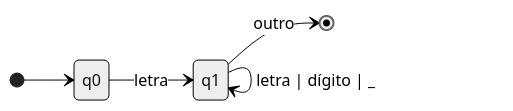
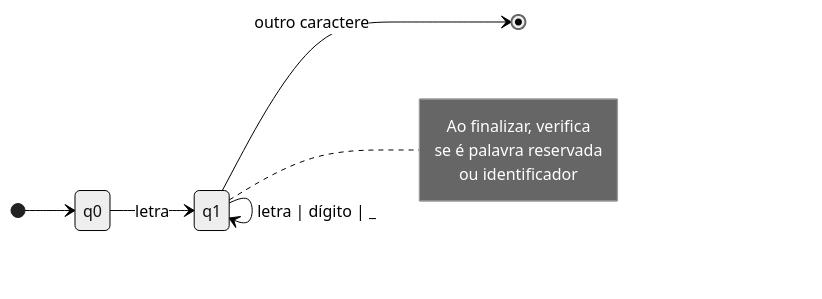
One commit to joaoLopesLenharo/compilador-pilang changed the first of 8 diagrams in README.md. Above: the diagram before and after it, drawn with Mermaid (neutral theme). The commit also changed other lines of this file and 14 other files, not shown here.

````diff
--- a/README.md
+++ b/README.md
@@ -160,8 +204,13 @@
 ```mermaid
 stateDiagram-v2
     direction LR
     [*] --> q0
     q0 --> q1: letra
     q1 --> q1: letra | dígito | _
-    q1 --> [*]: outro
+    q1 --> [*]: outro caractere
+    note right of q1
+        Ao finalizar, verifica
+        se é palavra reservada
+        ou identificador
+    end note
 ```
````
